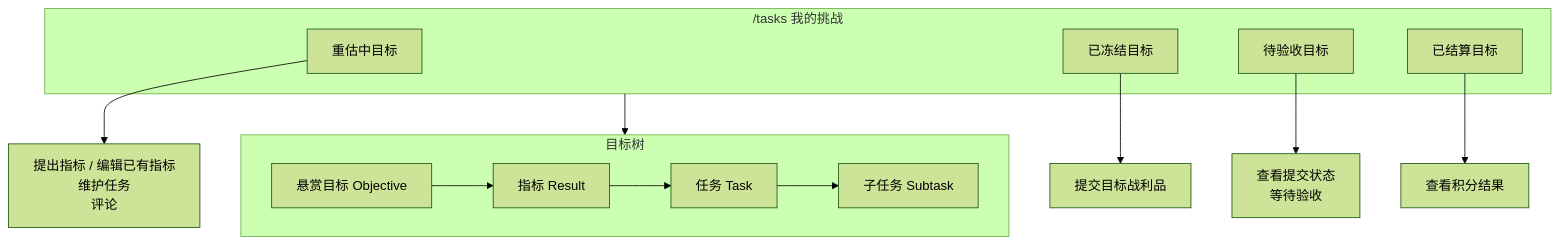
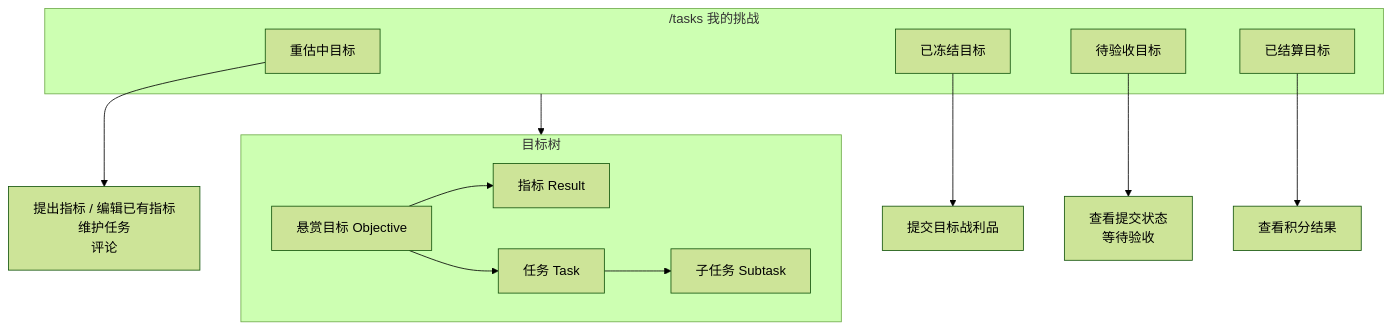
Before and after one commit to xueyu888/ORF: the fourth of 7 diagrams in docs/frontend/ORF 前端流程测试.md, drawn with Mermaid (forest theme). The commit also changed other lines of this file and 8 other files, not shown here.

````diff
--- a/docs/frontend/ORF 前端流程测试.md
+++ b/docs/frontend/ORF 前端流程测试.md
@@ -172,23 +172,24 @@
 ```mermaid
 flowchart TD
   subgraph MyWorkbench["/tasks 我的挑战"]
     A1[重估中目标]
     A2[已冻结目标]
     A3[待验收目标]
     A4[已结算目标]
   end
 
   subgraph Tree["目标树"]
     T1[悬赏目标 Objective]
     T2[指标 Result]
     T3[任务 Task]
     T4[子任务 Subtask]
   end
 
   A1 --> B1[提出指标 / 编辑已有指标<br/>维护任务<br/>评论]
   A2 --> B2[提交目标战利品]
   A3 --> B3[查看提交状态<br/>等待验收]
   A4 --> B4[查看积分结果]
   MyWorkbench --> Tree
-  T1 --> T2 --> T3 --> T4
+  T1 --> T2
+  T1 --> T3 --> T4
 ```
````
